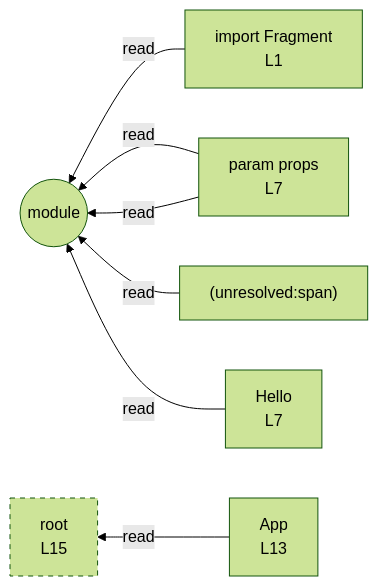
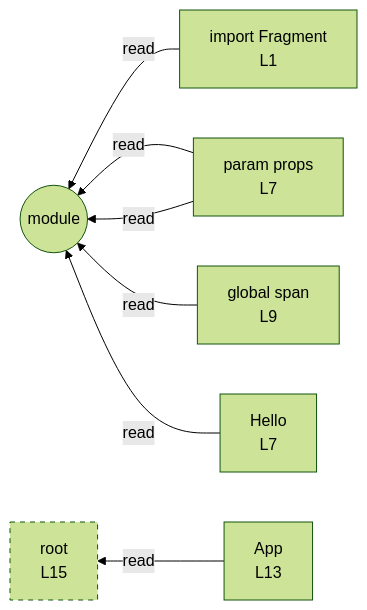
One commit to crescware/unsnarl changed the diagram in integration/fixtures/jsx-component/preview.md. Above: the diagram before and after it, drawn with Mermaid (forest theme). The commit also changed 7 other files, not shown here.

First line of the commit message:
refactor(mermaid): unify ImplicitGlobalVariable label with the rest

````diff
--- a/integration/fixtures/jsx-component/preview.md
+++ b/integration/fixtures/jsx-component/preview.md
@@ -25,18 +25,18 @@
 ```mermaid
 flowchart RL
   n_scope_0_Fragment_9["import Fragment<br/>L1"]
   n_scope_0_Hello_79["Hello<br/>L7"]
   n_scope_0_App_196["App<br/>L13"]
   n_scope_0_root_237["root<br/>L15"]
-  n_scope_0_span_125["(unresolved:span)"]
+  n_scope_0_span_125["global span<br/>L9"]
   n_scope_1_props_88["param props<br/>L7"]
   n_scope_1_props_88 -->|read| module_root
   n_scope_0_Fragment_9 -->|read| module_root
   n_scope_0_span_125 -->|read| module_root
   n_scope_1_props_88 -->|read| module_root
   n_scope_0_Hello_79 -->|read| module_root
   n_scope_0_App_196 -->|read| n_scope_0_root_237
   module_root((module))
   classDef unused stroke-dasharray: 5 5;
   class n_scope_0_root_237 unused;
 ```
````
